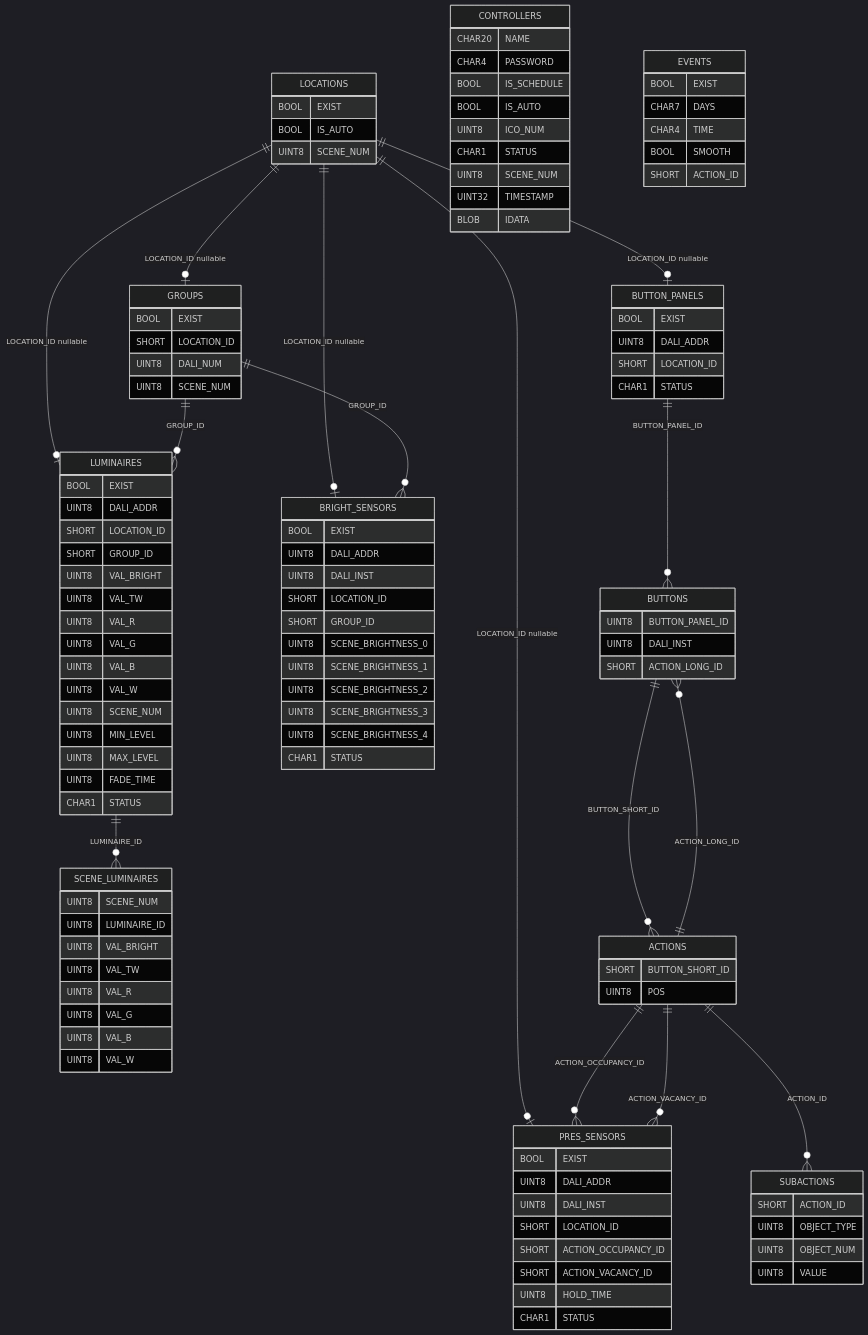
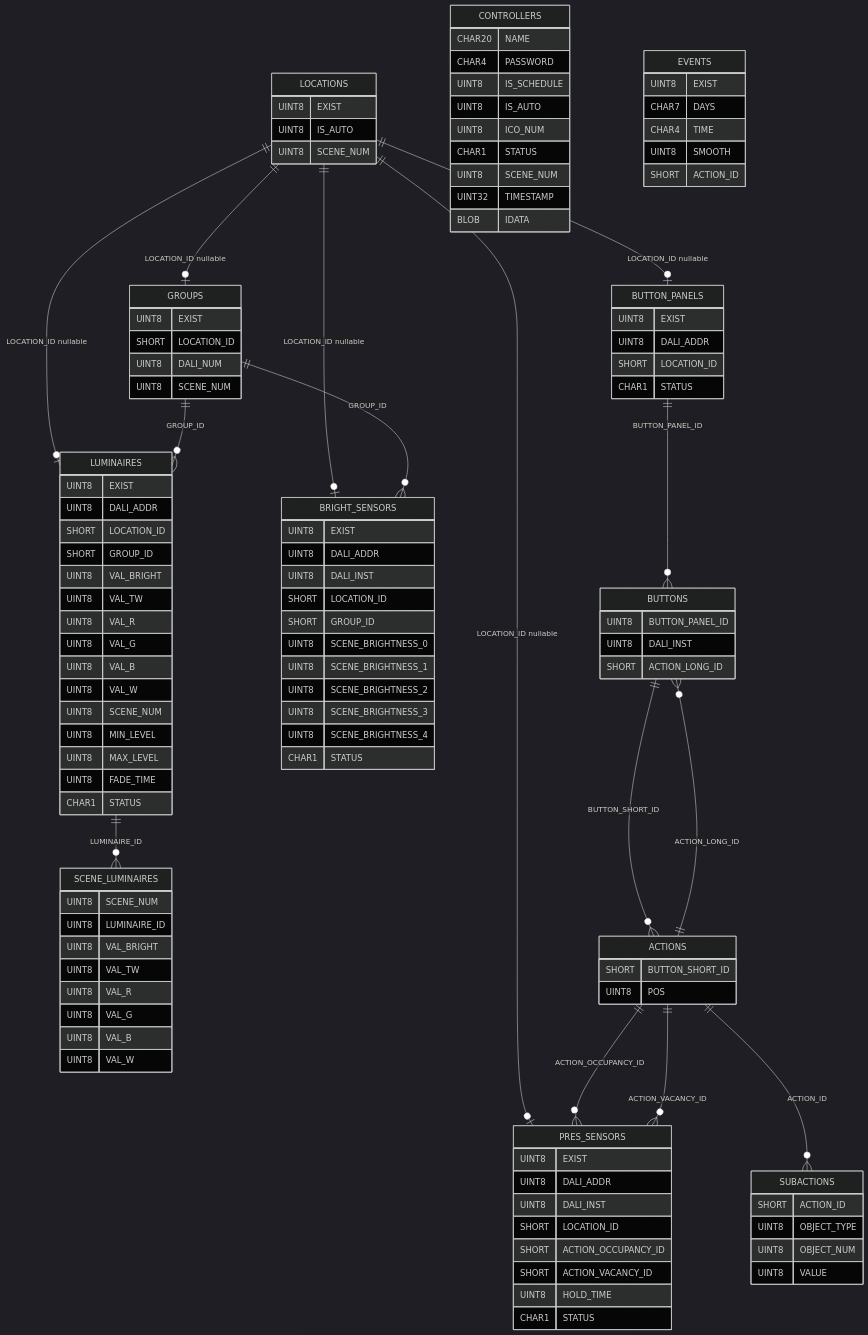
Before and after one commit to KhudyakovAlex/Synapse: the diagram in PDS/SynapsePDS_FW_DB_scheme.md, drawn with Mermaid (dark theme). The commit also changed other lines of this file and 12 other files, not shown here.

Commit message:
Update DB types and add default values: char[1]->uint8_t for EXIST/IS_AUTO/IS_SCHEDULE, T/F->1/0, VERSION 11->12

````diff
--- a/PDS/SynapsePDS_FW_DB_scheme.md
+++ b/PDS/SynapsePDS_FW_DB_scheme.md
@@ -24,8 +24,8 @@
     CONTROLLERS {
         CHAR20 NAME
         CHAR4 PASSWORD
-        BOOL IS_SCHEDULE
-        BOOL IS_AUTO
+        UINT8 IS_SCHEDULE
+        UINT8 IS_AUTO
         UINT8 ICO_NUM
         CHAR1 STATUS
         UINT8 SCENE_NUM
@@ -34,20 +34,20 @@
     }
 
     LOCATIONS {
-        BOOL EXIST
-        BOOL IS_AUTO
+        UINT8 EXIST
+        UINT8 IS_AUTO
         UINT8 SCENE_NUM
     }
 
     GROUPS {
-        BOOL EXIST
+        UINT8 EXIST
         SHORT LOCATION_ID
         UINT8 DALI_NUM
         UINT8 SCENE_NUM
     }
 
     LUMINAIRES {
-        BOOL EXIST
+        UINT8 EXIST
         UINT8 DALI_ADDR
         SHORT LOCATION_ID
         SHORT GROUP_ID
@@ -76,7 +76,7 @@
     }
 
     PRES_SENSORS {
-        BOOL EXIST
+        UINT8 EXIST
         UINT8 DALI_ADDR
         UINT8 DALI_INST
         SHORT LOCATION_ID
@@ -87,7 +87,7 @@
     }
 
     BRIGHT_SENSORS {
-        BOOL EXIST
+        UINT8 EXIST
         UINT8 DALI_ADDR
         UINT8 DALI_INST
         SHORT LOCATION_ID
@@ -101,7 +101,7 @@
     }
 
     BUTTON_PANELS {
-        BOOL EXIST
+        UINT8 EXIST
         UINT8 DALI_ADDR
         SHORT LOCATION_ID
         CHAR1 STATUS
@@ -126,10 +126,10 @@
     }
 
     EVENTS {
-        BOOL EXIST
+        UINT8 EXIST
         CHAR7 DAYS
         CHAR4 TIME
-        BOOL SMOOTH
+        UINT8 SMOOTH
         SHORT ACTION_ID
     }
 ```
````
